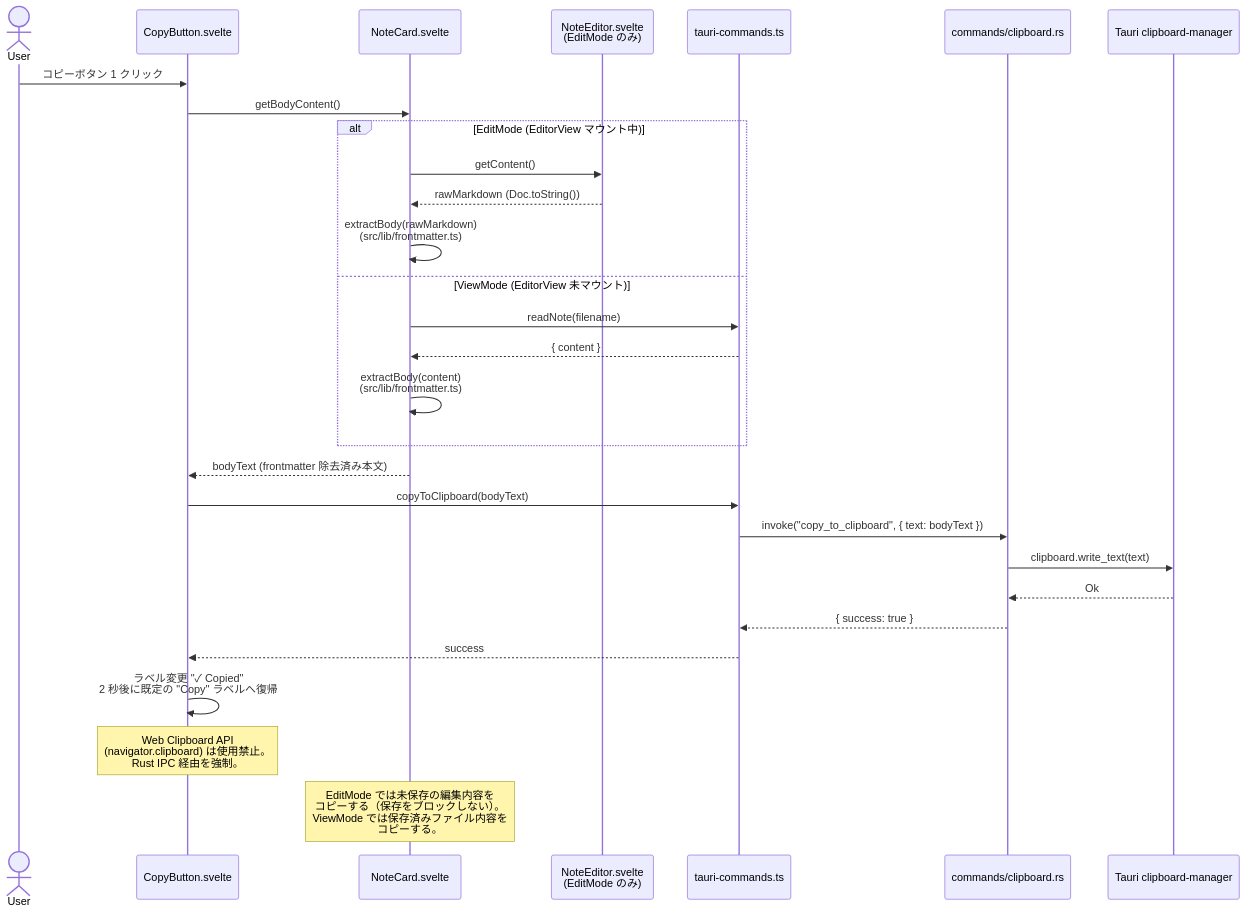
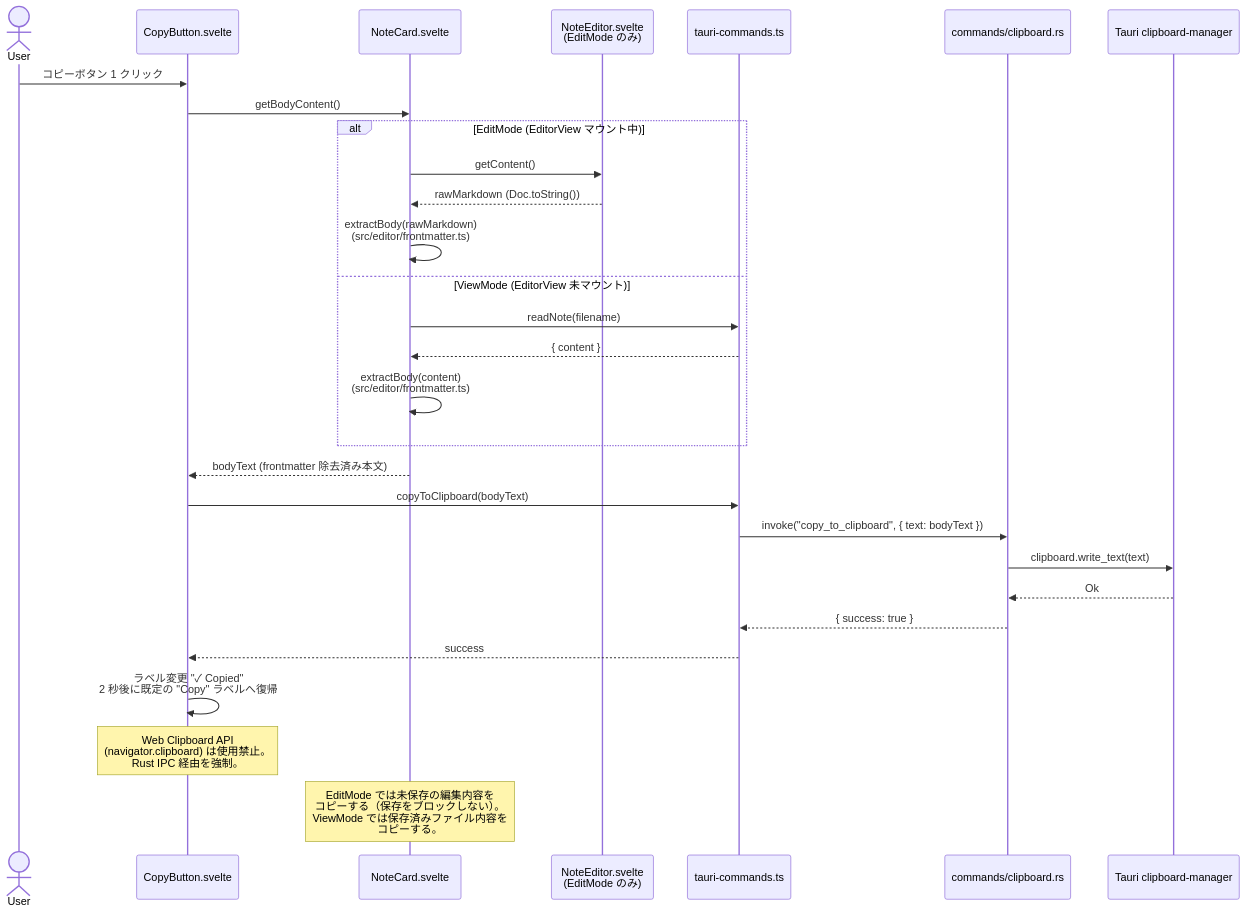
The second of 4 diagrams in docs/detailed_design/editor_clipboard_design.md (dev-komenzar/prompt-notes), drawn with Mermaid before and after one commit. The commit also changed other lines of this file and 39 other files, not shown here.

First line of the commit message:
update: src/lib/ 廃止とドメインモジュール再編

````diff
--- a/docs/detailed_design/editor_clipboard_design.md
+++ b/docs/detailed_design/editor_clipboard_design.md
@@ -109,35 +109,35 @@
 ```mermaid
 sequenceDiagram
     actor User
     participant CB as CopyButton.svelte
     participant NC as NoteCard.svelte
     participant Ed as NoteEditor.svelte<br/>(EditMode のみ)
     participant TC as tauri-commands.ts
     participant CmdClip as commands/clipboard.rs
     participant ClipPlugin as Tauri clipboard-manager
 
     User->>CB: コピーボタン 1 クリック
     CB->>NC: getBodyContent()
 
     alt EditMode (EditorView マウント中)
         NC->>Ed: getContent()
         Ed-->>NC: rawMarkdown (Doc.toString())
-        NC->>NC: extractBody(rawMarkdown)<br/>(src/lib/frontmatter.ts)
+        NC->>NC: extractBody(rawMarkdown)<br/>(src/editor/frontmatter.ts)
     else ViewMode (EditorView 未マウント)
         NC->>TC: readNote(filename)
         TC-->>NC: { content }
-        NC->>NC: extractBody(content)<br/>(src/lib/frontmatter.ts)
+        NC->>NC: extractBody(content)<br/>(src/editor/frontmatter.ts)
     end
 
     NC-->>CB: bodyText (frontmatter 除去済み本文)
     CB->>TC: copyToClipboard(bodyText)
     TC->>CmdClip: invoke("copy_to_clipboard", { text: bodyText })
     CmdClip->>ClipPlugin: clipboard.write_text(text)
     ClipPlugin-->>CmdClip: Ok
     CmdClip-->>TC: { success: true }
     TC-->>CB: success
     CB->>CB: ラベル変更 "✓ Copied"<br/>2 秒後に既定の "Copy" ラベルへ復帰
 
     Note over CB: Web Clipboard API<br/>(navigator.clipboard) は使用禁止。<br/>Rust IPC 経由を強制。
     Note over NC: EditMode では未保存の編集内容を<br/>コピーする（保存をブロックしない）。<br/>ViewMode では保存済みファイル内容を<br/>コピーする。
 ```
````
